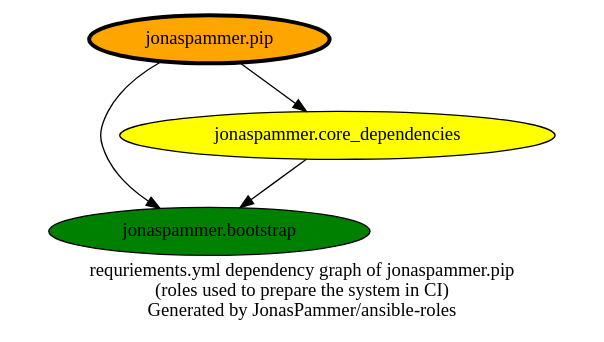
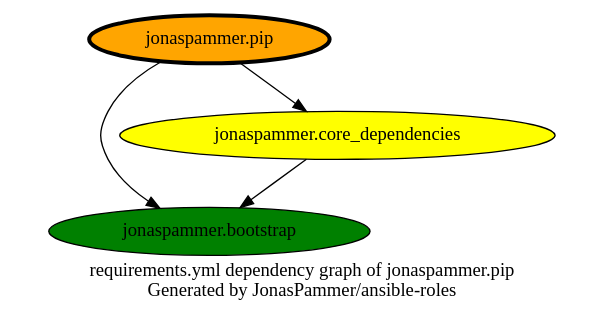
The diagram in graphs/dependencies_pip.dot (JonasPammer/ansible-roles), drawn with Graphviz before and after one commit. The commit also changed 12 other files, not shown here.

```diff
--- a/graphs/dependencies_pip.dot
+++ b/graphs/dependencies_pip.dot
@@ -1,14 +1,14 @@
 digraph hierarchy {
-  label = "requriements.yml dependency graph of jonaspammer.pip \n (roles used to prepare the system in CI) \n Generated by JonasPammer/ansible-roles" ;
+  label = "requirements.yml dependency graph of jonaspammer.pip \n Generated by JonasPammer/ansible-roles" ;
   overlap=false
 
   {
     "jonaspammer.pip" [fillcolor=orange style=filled penwidth=3]
     "jonaspammer.bootstrap" [fillcolor=green style=filled ]
     "jonaspammer.core_dependencies" [fillcolor=yellow style=filled ]
   }
 
 
   "jonaspammer.pip" -> {"jonaspammer.bootstrap" "jonaspammer.core_dependencies"}
   "jonaspammer.core_dependencies" -> {"jonaspammer.bootstrap"}
 }
```
